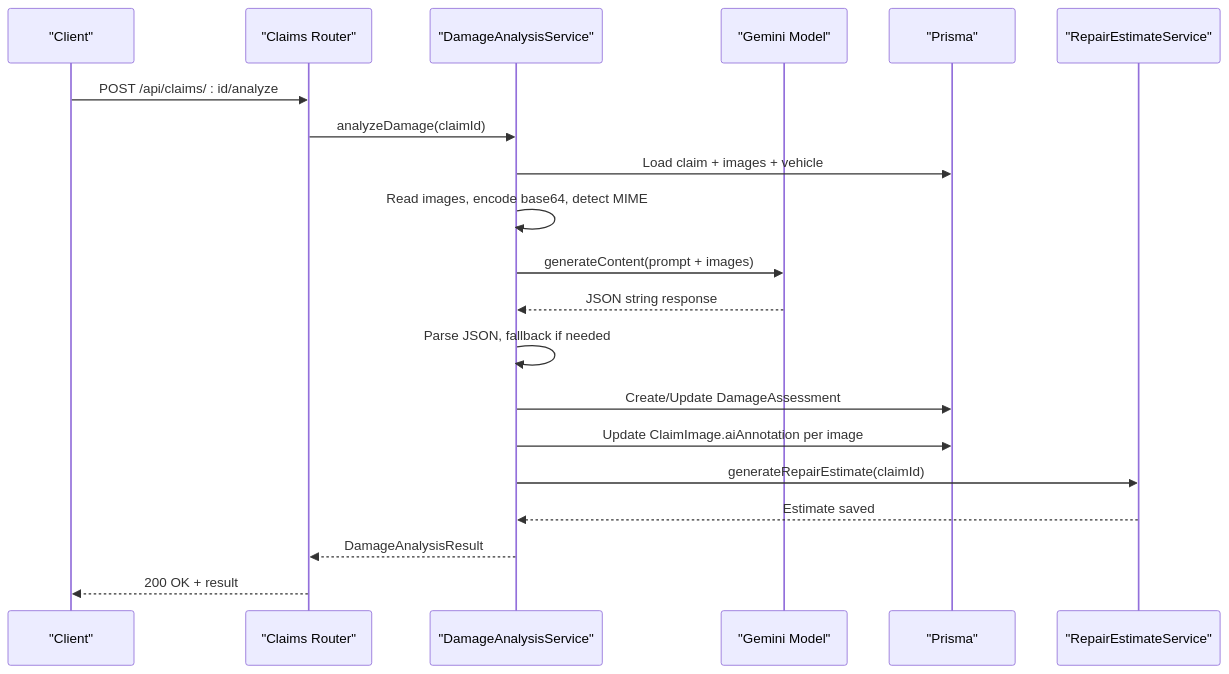
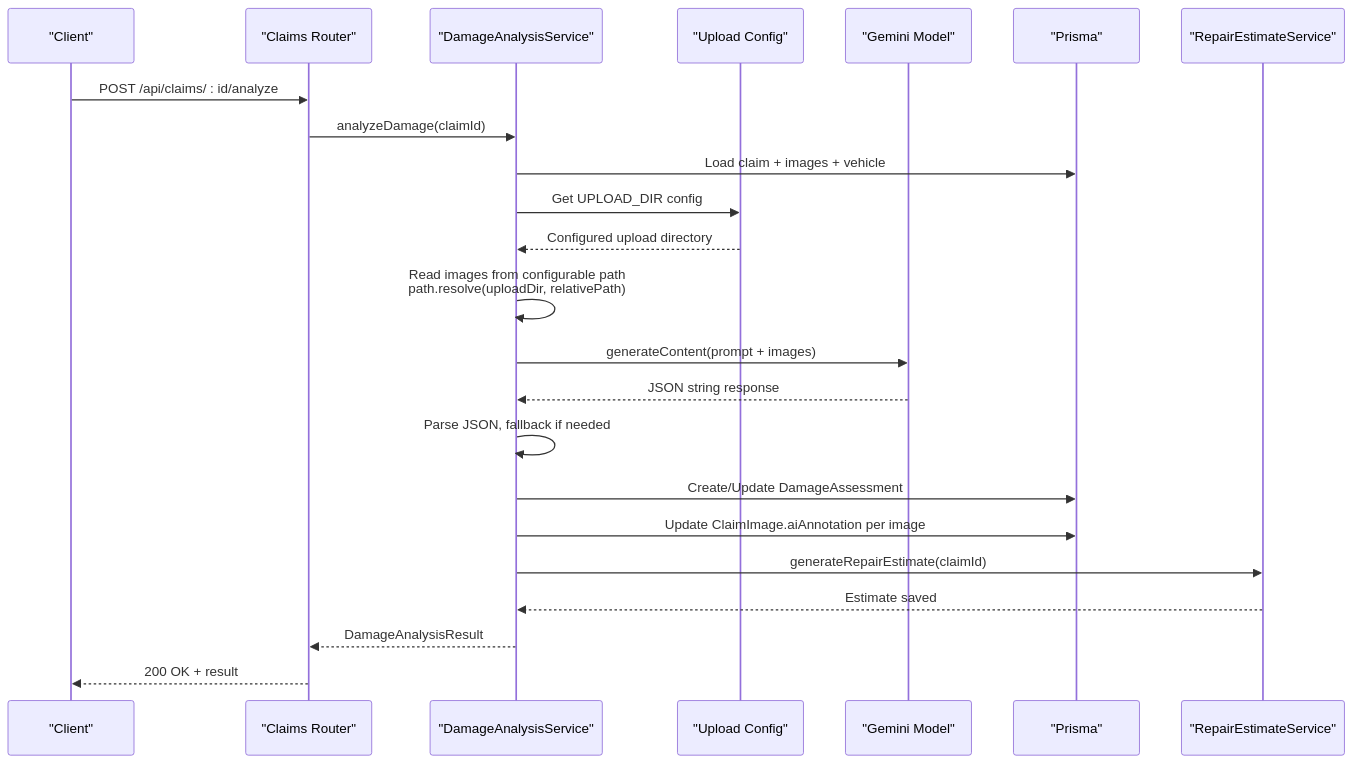
One commit to NaveenHiranya/Smart-Vehicle-Insurance-Claim-System changed the second of 6 diagrams in .qoder/repowiki/en/content/Backend Documentation/Business Logic & Services/Damage Analysis Service.md. Above: the diagram before and after it, drawn with Mermaid. The commit also changed other lines of this file and 65 other files, not shown here.

````diff
--- a/.qoder/repowiki/en/content/Backend Documentation/Business Logic & Services/Damage Analysis Service.md
+++ b/.qoder/repowiki/en/content/Backend Documentation/Business Logic & Services/Damage Analysis Service.md
@@ -79,22 +100,25 @@
 ```mermaid
 sequenceDiagram
 participant C as "Client"
 participant R as "Claims Router"
 participant S as "DamageAnalysisService"
+participant U as "Upload Config"
 participant G as "Gemini Model"
 participant P as "Prisma"
 participant E as "RepairEstimateService"
 C->>R : POST /api/claims/ : id/analyze
 R->>S : analyzeDamage(claimId)
 S->>P : Load claim + images + vehicle
-S->>S : Read images, encode base64, detect MIME
+S->>U : Get UPLOAD_DIR config
+U-->>S : Configured upload directory
+S->>S : Read images from configurable path<br/>path.resolve(uploadDir, relativePath)
 S->>G : generateContent(prompt + images)
 G-->>S : JSON string response
 S->>S : Parse JSON, fallback if needed
 S->>P : Create/Update DamageAssessment
 S->>P : Update ClaimImage.aiAnnotation per image
 S->>E : generateRepairEstimate(claimId)
 E-->>S : Estimate saved
 S-->>R : DamageAnalysisResult
 R-->>C : 200 OK + result
 ```
````
